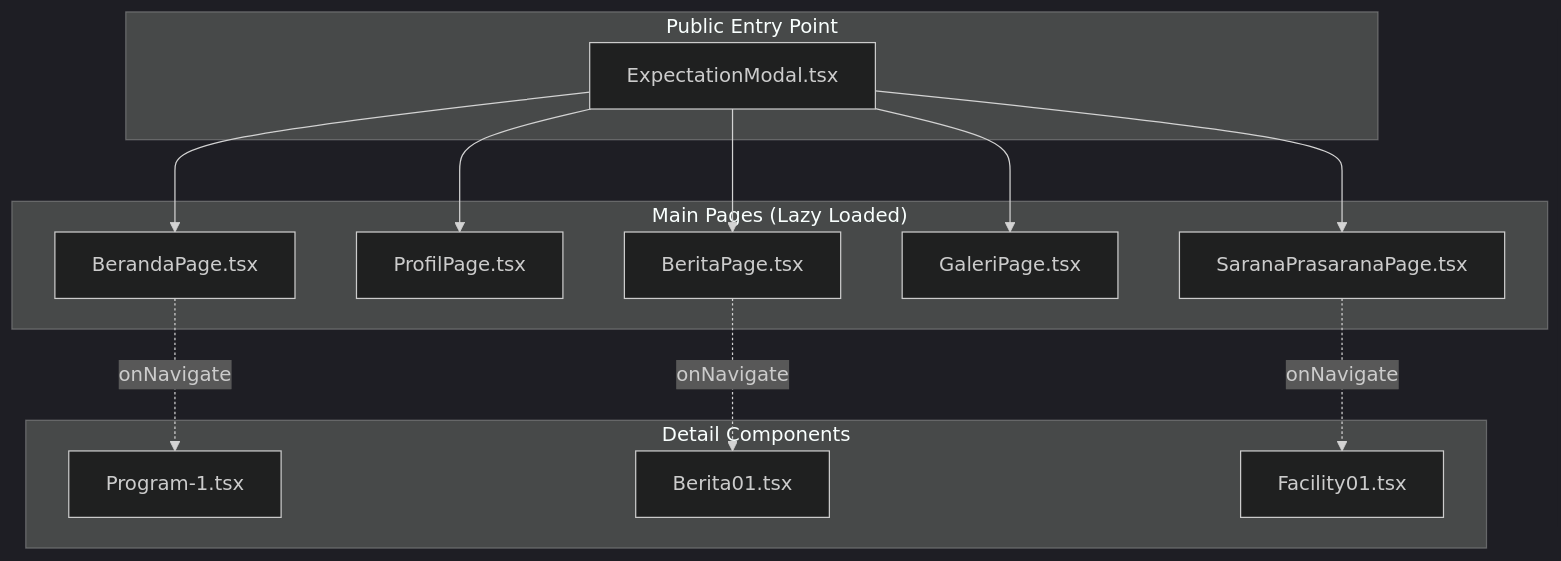
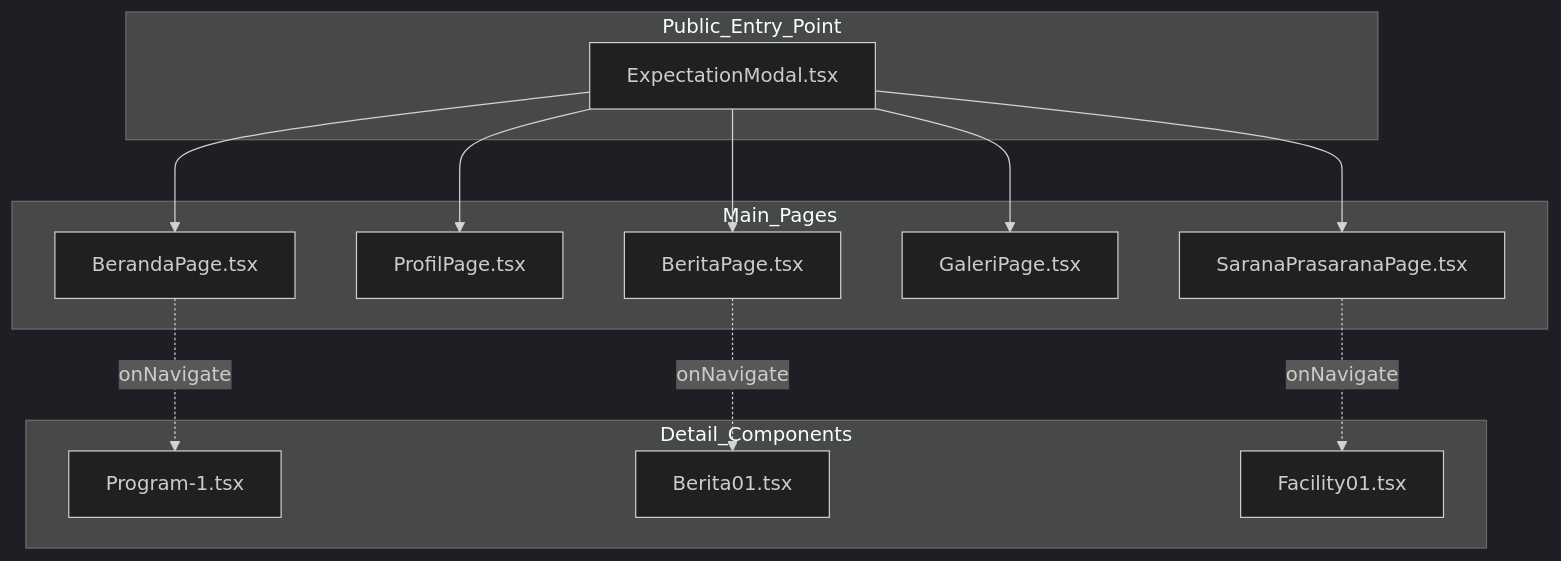
Diagram 19 of 24 in README.md (Delta-Polder-Indonesia/siakad-sekolah), drawn with Mermaid (dark theme) before and after one commit. The commit also changed other lines of this file and 13 other files, not shown here.

````diff
--- a/README.md
+++ b/README.md
@@ -832,30 +832,30 @@
 ```mermaid
 graph TD
-    subgraph "Public Entry Point"
+    subgraph Public_Entry_Point
         EM["ExpectationModal.tsx"]
     end
 
-    subgraph "Main Pages (Lazy Loaded)"
+    subgraph Main_Pages
         BP["BerandaPage.tsx"]
         PR["ProfilPage.tsx"]
         BR["BeritaPage.tsx"]
         GL["GaleriPage.tsx"]
         SP["SaranaPrasaranaPage.tsx"]
     end
 
-    subgraph "Detail Components"
+    subgraph Detail_Components
         P1["Program-1.tsx"]
         B1["Berita01.tsx"]
         F1["Facility01.tsx"]
     end
 
     EM --> BP
     EM --> PR
     EM --> BR
     EM --> GL
     EM --> SP
 
     BP -.->|onNavigate| P1
     BR -.->|onNavigate| B1
     SP -.->|onNavigate| F1
 ```
````
